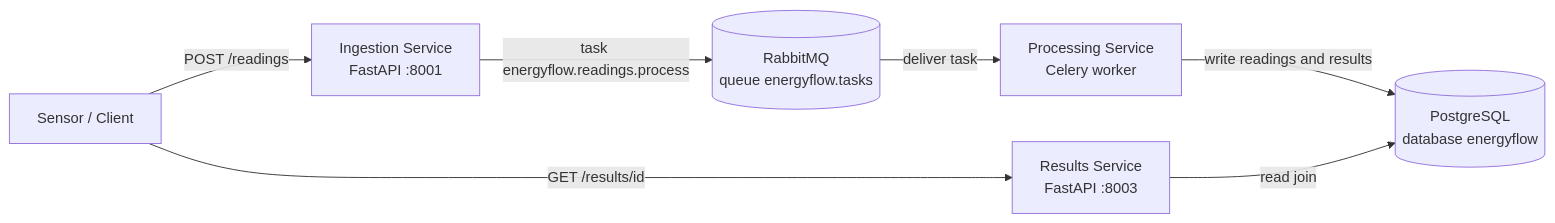
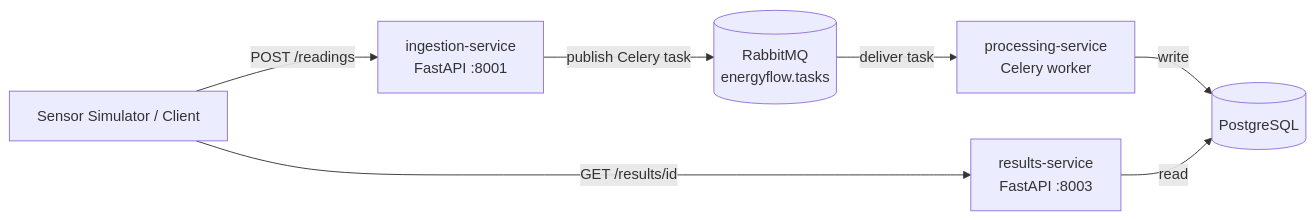
Before and after one commit to brenopolanski/energy-flow: the first of 3 diagrams in README.md, drawn with Mermaid. The commit also changed other lines of this file, not shown here.

````diff
--- a/README.md
+++ b/README.md
@@ -85,16 +87,16 @@
 ```mermaid
 flowchart LR
-    Client[Sensor / Client]
-    Ingestion[Ingestion Service<br/>FastAPI :8001]
-    Broker[(RabbitMQ<br/>queue energyflow.tasks)]
-    Worker[Processing Service<br/>Celery worker]
-    Database[(PostgreSQL<br/>database energyflow)]
-    Results[Results Service<br/>FastAPI :8003]
+    Client[Sensor Simulator / Client]
+    Ingestion[ingestion-service<br/>FastAPI :8001]
+    Broker[(RabbitMQ<br/>energyflow.tasks)]
+    Worker[processing-service<br/>Celery worker]
+    Database[(PostgreSQL)]
+    Results[results-service<br/>FastAPI :8003]
 
     Client -->|POST /readings| Ingestion
-    Ingestion -->|task energyflow.readings.process| Broker
+    Ingestion -->|publish Celery task| Broker
     Broker -->|deliver task| Worker
-    Worker -->|write readings and results| Database
+    Worker -->|write| Database
     Client -->|GET /results/id| Results
-    Results -->|read join| Database
+    Results -->|read| Database
 ```
````
